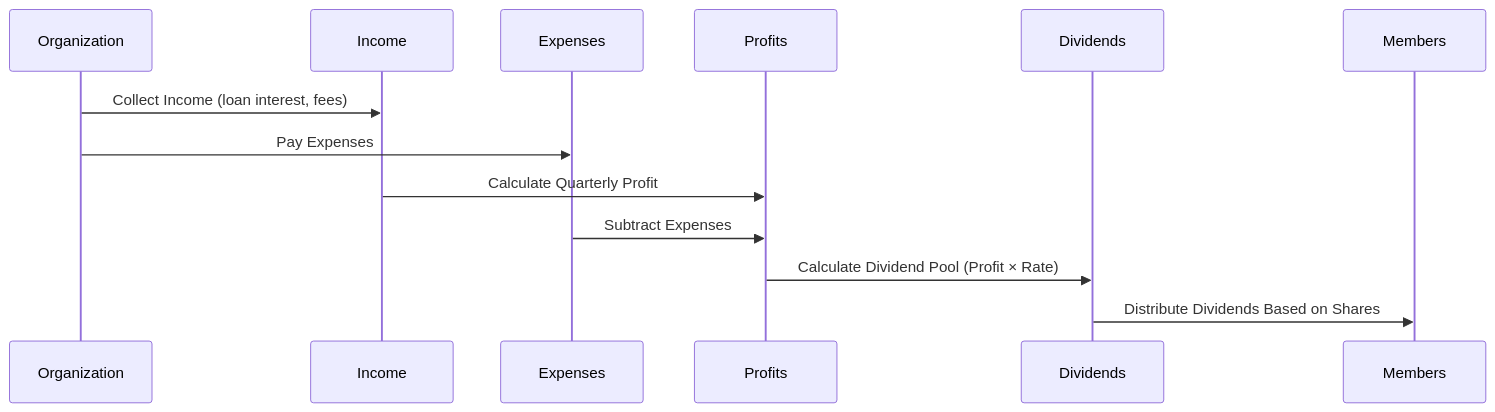
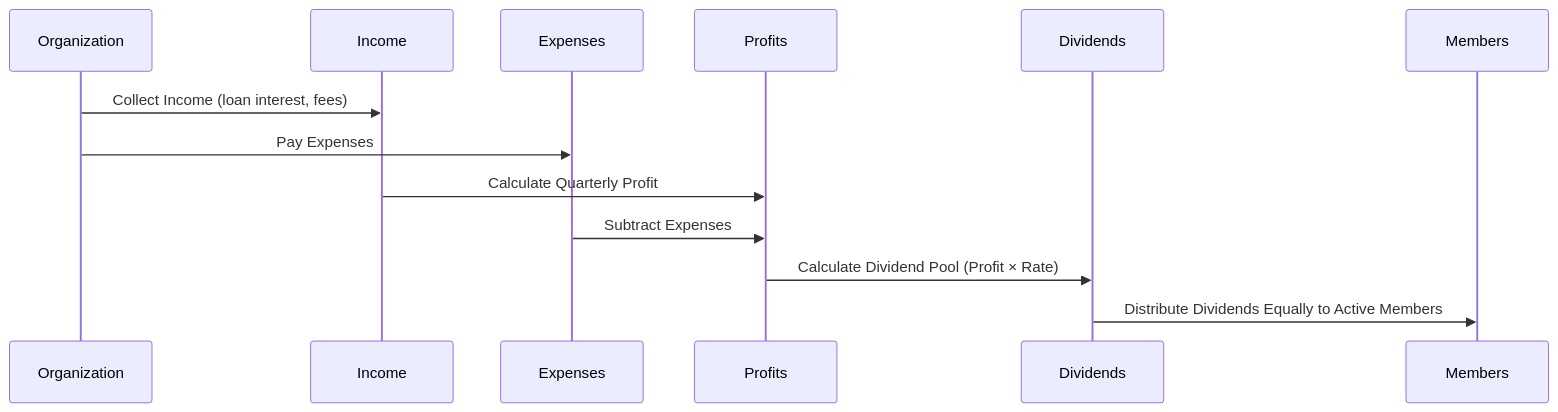
One commit to Sachin-Bandaranayaka/sahana-new changed the sixth of 8 diagrams in financial-org-app/docs/financial-logic.md. Above: the diagram before and after it, drawn with Mermaid. The commit also changed other lines of this file and 5 other files, not shown here.

````diff
--- a/financial-org-app/docs/financial-logic.md
+++ b/financial-org-app/docs/financial-logic.md
@@ -99,16 +99,16 @@
 ```mermaid
 sequenceDiagram
     participant A as Organization
     participant B as Income
     participant C as Expenses
     participant D as Profits
     participant E as Dividends
     participant F as Members
     
     A->>B: Collect Income (loan interest, fees)
     A->>C: Pay Expenses
     B->>D: Calculate Quarterly Profit
     C->>D: Subtract Expenses
     D->>E: Calculate Dividend Pool (Profit × Rate)
-    E->>F: Distribute Dividends Based on Shares
+    E->>F: Distribute Dividends Equally to Active Members
 ```
````
